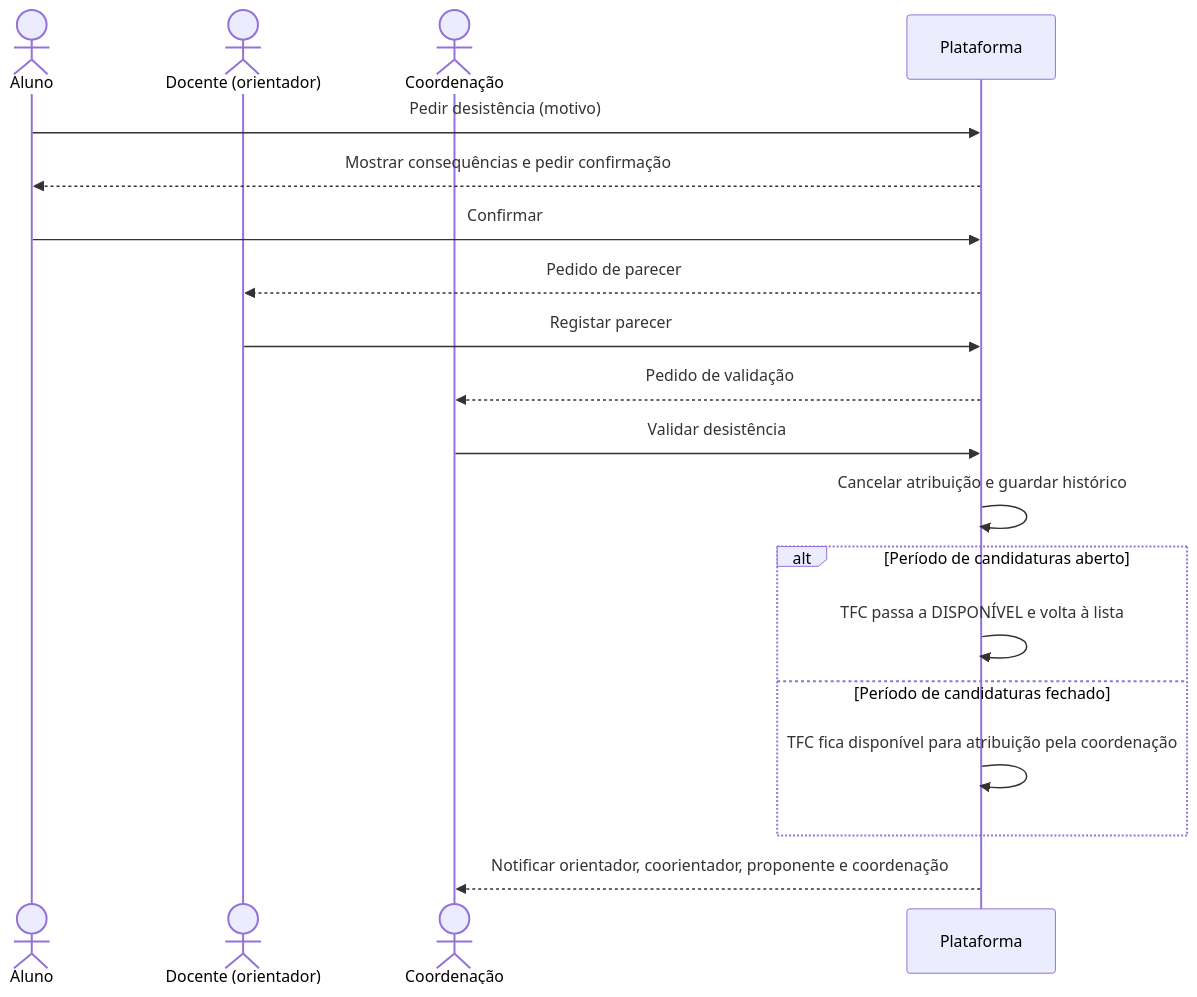
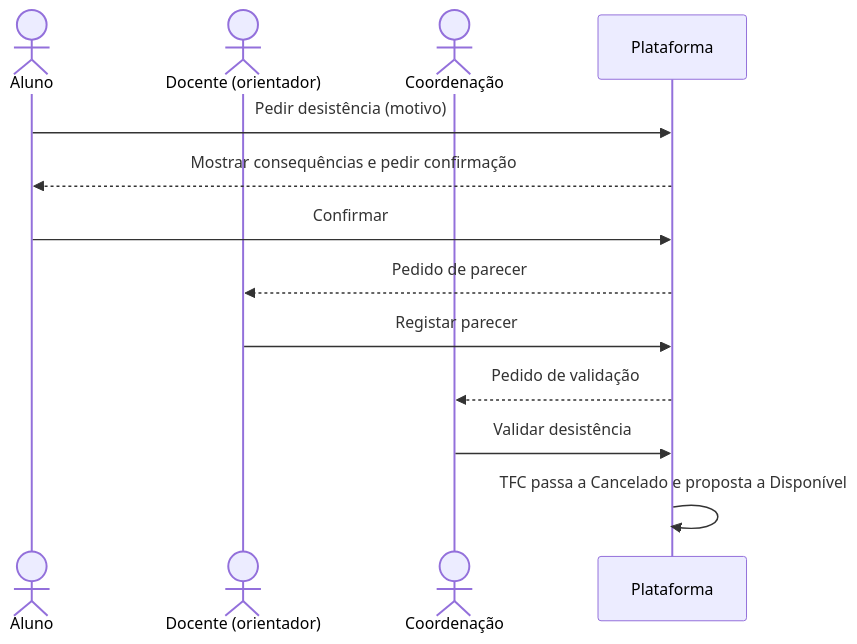
The sixth of 7 diagrams in Processos.md (ULHT-TFC-new/tfc-avaliacao-reporting), drawn with Mermaid before and after one commit. The commit also changed other lines of this file, not shown here.

````diff
--- a/Processos.md
+++ b/Processos.md
@@ -453,21 +553,15 @@
 ```mermaid
 sequenceDiagram
     actor A as Aluno
     actor Or as Docente (orientador)
     actor Co as Coordenação
     participant P as Plataforma
     A->>P: Pedir desistência (motivo)
     P-->>A: Mostrar consequências e pedir confirmação
     A->>P: Confirmar
     P-->>Or: Pedido de parecer
     Or->>P: Registar parecer
     P-->>Co: Pedido de validação
     Co->>P: Validar desistência
-    P->>P: Cancelar atribuição e guardar histórico
-    alt Período de candidaturas aberto
-        P->>P: TFC passa a DISPONÍVEL e volta à lista
-    else Período de candidaturas fechado
-        P->>P: TFC fica disponível para atribuição pela coordenação
-    end
-    P-->>Co: Notificar orientador, coorientador, proponente e coordenação
+    P->>P: TFC passa a Cancelado e proposta a Disponível
 ```
````
